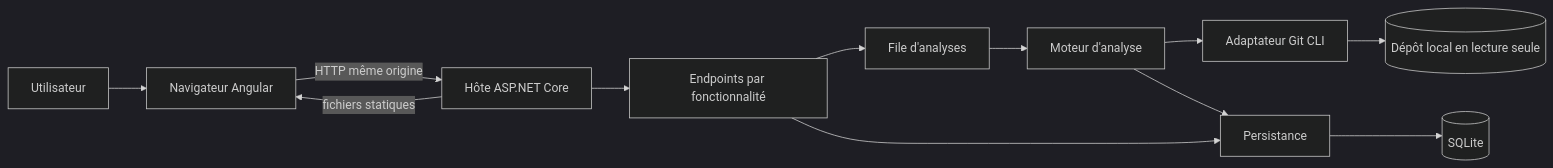
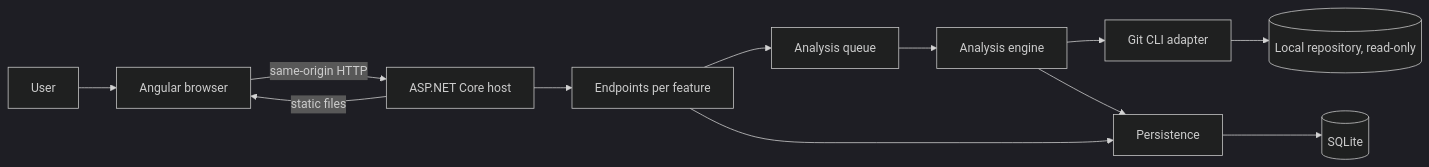
One commit to LINDECKER-Charles/App.GitHealth changed the diagram in docs/ARCHITECTURE.md. Above: the diagram before and after it, drawn with Mermaid (dark theme). The commit also changed other lines of this file and 32 other files, not shown here.

````diff
--- a/docs/ARCHITECTURE.md
+++ b/docs/ARCHITECTURE.md
@@ -136,14 +134,14 @@
 ```mermaid
 flowchart LR
-    User[Utilisateur] --> Browser[Navigateur Angular]
-    Browser -->|HTTP même origine| Host[Hôte ASP.NET Core]
-    Host --> Api[Endpoints par fonctionnalité]
-    Api --> Queue[File d'analyses]
-    Queue --> Engine[Moteur d'analyse]
-    Engine --> Git[Adaptateur Git CLI]
-    Git --> Repo[(Dépôt local en lecture seule)]
-    Engine --> Store[Persistance]
+    User[User] --> Browser[Angular browser]
+    Browser -->|same-origin HTTP| Host[ASP.NET Core host]
+    Host --> Api[Endpoints per feature]
+    Api --> Queue[Analysis queue]
+    Queue --> Engine[Analysis engine]
+    Engine --> Git[Git CLI adapter]
+    Git --> Repo[(Local repository, read-only)]
+    Engine --> Store[Persistence]
     Api --> Store
     Store --> Db[(SQLite)]
-    Host -->|fichiers statiques| Browser
+    Host -->|static files| Browser
 ```
````
